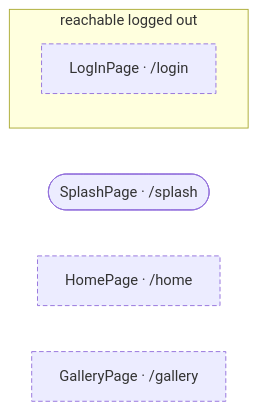
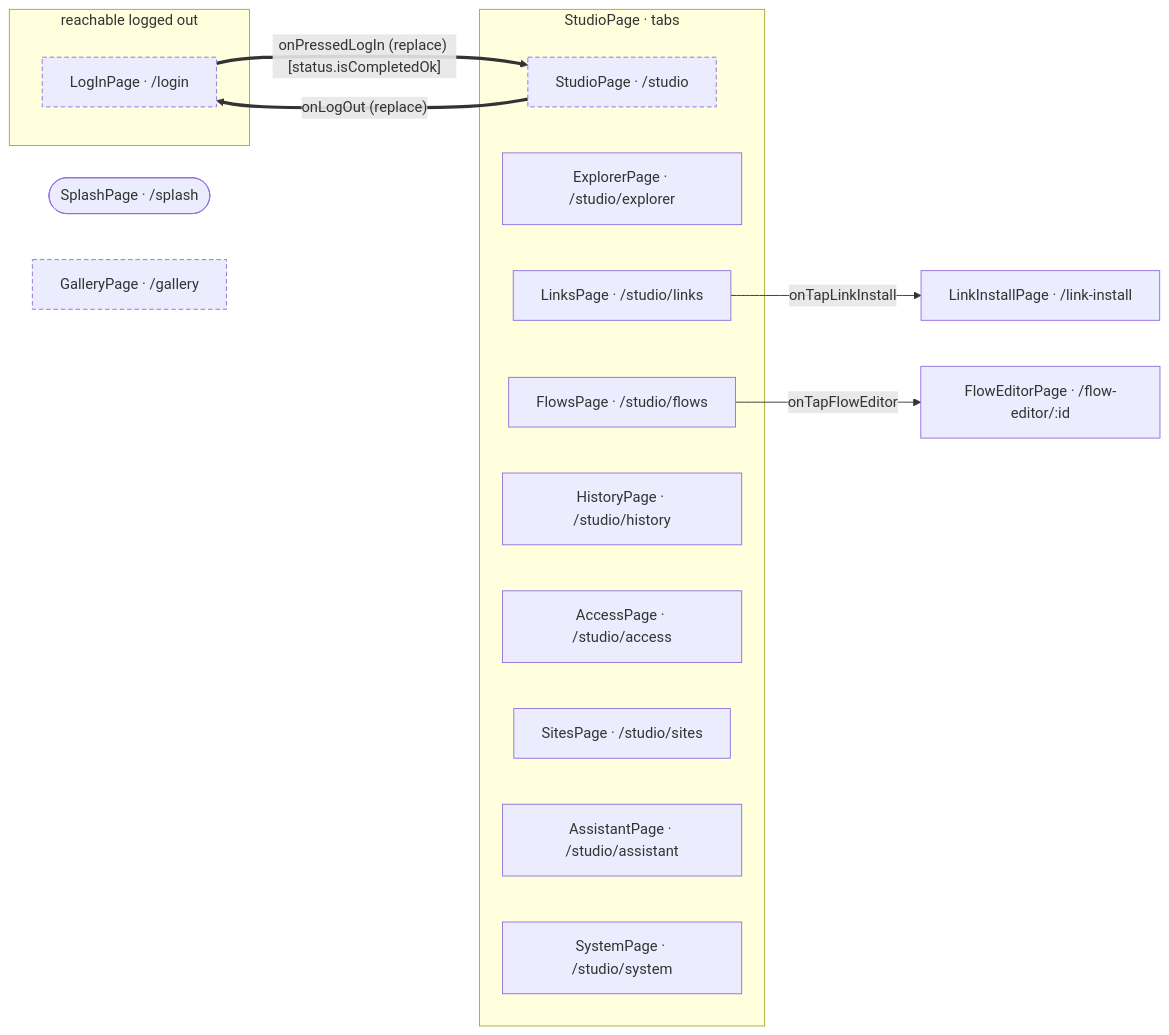
Before and after one commit to gencto/wyrm: the diagram in studio/docs/flows/README.md, drawn with Mermaid. The commit also changed other lines of this file and 93 other files, not shown here.

````diff
--- a/studio/docs/flows/README.md
+++ b/studio/docs/flows/README.md
@@ -7,12 +7,29 @@
 ```mermaid
 flowchart LR
     subgraph frxPublic["reachable logged out"]
         logIn["LogInPage · /login"]
     end
     splash(["SplashPage · /splash"])
-    home["HomePage · /home"]
     gallery["GalleryPage · /gallery"]
+    subgraph frxTabs_studio["StudioPage · tabs"]
+        studio["StudioPage · /studio"]
+        explorer["ExplorerPage · /studio/explorer"]
+        links["LinksPage · /studio/links"]
+        flows["FlowsPage · /studio/flows"]
+        history["HistoryPage · /studio/history"]
+        access["AccessPage · /studio/access"]
+        sites["SitesPage · /studio/sites"]
+        assistant["AssistantPage · /studio/assistant"]
+        system["SystemPage · /studio/system"]
+    end
+    linkInstall["LinkInstallPage · /link-install"]
+    flowEditor["FlowEditorPage · /flow-editor/:id"]
+
+    logIn ==>|"onPressedLogIn (replace) [status.isCompletedOk]"| studio
+    studio ==>|"onLogOut (replace)"| logIn
+    links -->|"onTapLinkInstall"| linkInstall
+    flows -->|"onTapFlowEditor"| flowEditor
 
     classDef frxEntry stroke-dasharray: 5 3
-    class logIn,home,gallery frxEntry
+    class logIn,gallery,studio frxEntry
 ```
````
